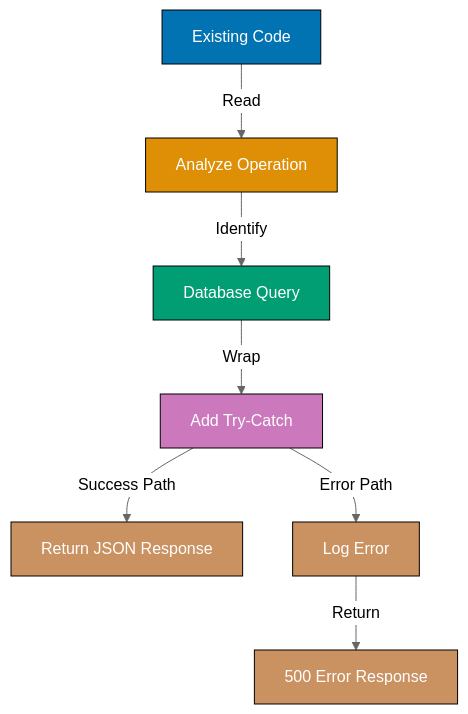
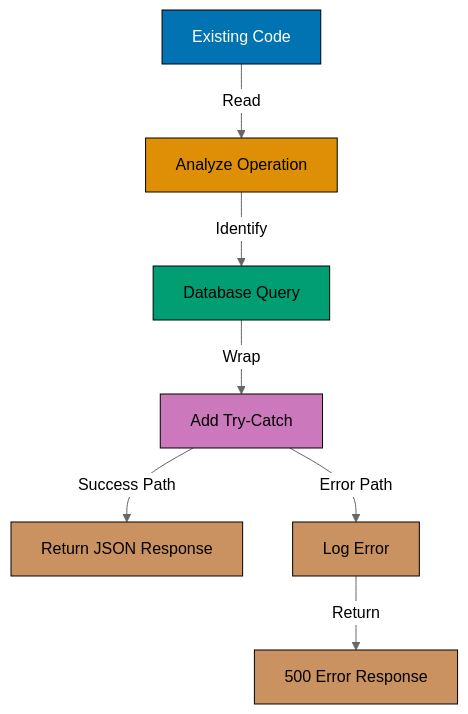
The third of 3 diagrams in apps/ayokoding-www/content/en/learn/legacy/artificial-intelligence/tools/claude-code/by-example/beginner.md (wahidyankf/ose-public), drawn with Mermaid (neutral theme) before and after one commit. The commit also changed other lines of this file and 50 other files, not shown here.

First line of the commit message:
fix(mermaid): bring the docs, governance, plans, and legacy AI diagrams onto the accessible palette

````diff
--- a/apps/ayokoding-www/content/en/learn/legacy/artificial-intelligence/tools/claude-code/by-example/beginner.md
+++ b/apps/ayokoding-www/content/en/learn/legacy/artificial-intelligence/tools/claude-code/by-example/beginner.md
@@ -677,17 +681,25 @@
 ```mermaid
 graph TD
+    accTitle: Example 27: Adding Error Handling
+    accDescr: Graph with 7 nodes and 6 connections. Nodes: Existing Code, Analyze Operation, Database Query, Add Try-Catch, Return JSON Response, Log Error, 500 Error Response. Connections: Existing Code to Analyze Operation (Read), Analyze Operation to Database Query (Identify), Database Query to Add Try-Catch (Wrap), Add Try-Catch to Return JSON Response (Success Path), Add Try-Catch to Log Error (Error Path), Log Error to 500 Error Response (Return).
     A[Existing Code] -->|Read| B[Analyze Operation]
     B -->|Identify| C[Database Query]
     C -->|Wrap| D[Add Try-Catch]
     D -->|Success Path| E[Return JSON Response]
     D -->|Error Path| F[Log Error]
     F -->|Return| G[500 Error Response]
 
-    style A fill:#0173B2,stroke:#000,color:#fff
-    style B fill:#DE8F05,stroke:#000,color:#fff
-    style C fill:#029E73,stroke:#000,color:#fff
-    style D fill:#CC78BC,stroke:#000,color:#fff
-    style E fill:#CA9161,stroke:#000,color:#fff
-    style F fill:#CA9161,stroke:#000,color:#fff
-    style G fill:#CA9161,stroke:#000,color:#fff
+    classDef pal-0173B2 fill:#0173B2,stroke:#000000,color:#FFFFFF
+    class A pal-0173B2
+    classDef pal-DE8F05 fill:#DE8F05,stroke:#000000,color:#000000
+    class B pal-DE8F05
+    classDef pal-029E73 fill:#029E73,stroke:#000000,color:#000000
+    class C pal-029E73
+    classDef pal-CC78BC fill:#CC78BC,stroke:#000000,color:#000000
+    class D pal-CC78BC
+    classDef pal-CA9161 fill:#CA9161,stroke:#000000,color:#000000
+    class E pal-CA9161
+    class F pal-CA9161
+    class G pal-CA9161
+    classDef default fill:#FFFFFF,stroke:#000000,color:#000000
 ```
````
